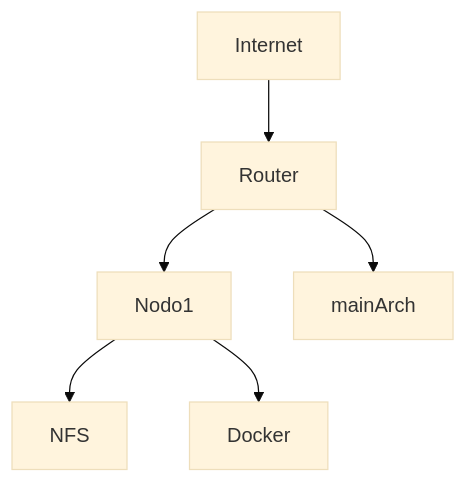
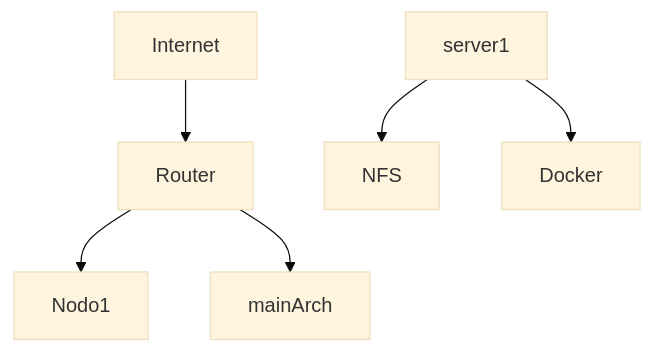
The diagram in README.md (conf-27/Homelab), drawn with Mermaid (base theme) before and after one commit.

````diff
--- a/README.md
+++ b/README.md
@@ -5,8 +5,8 @@
 ```mermaid
 graph TD
     Internet --> Router
     Router --> Nodo1
     Router --> mainArch
-    Nodo1 --> NFS
-    Nodo1 --> Docker
+    server1 --> NFS
+    server1 --> Docker
 ```
````
